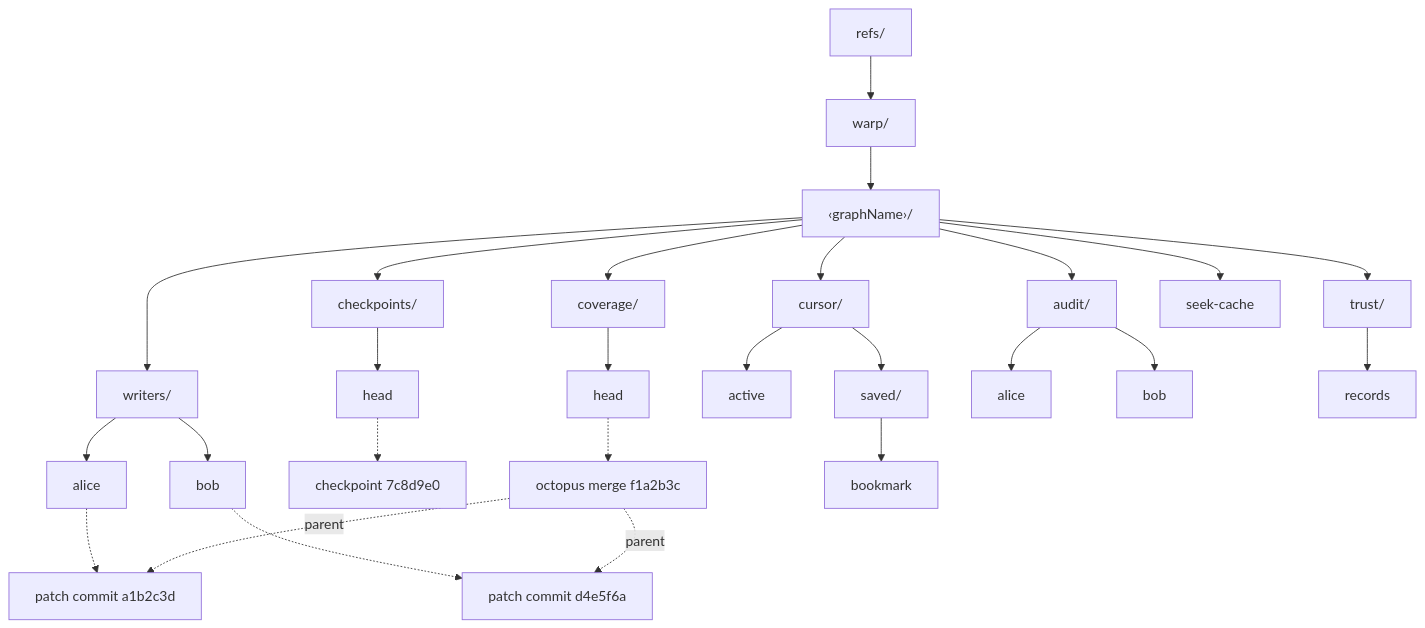
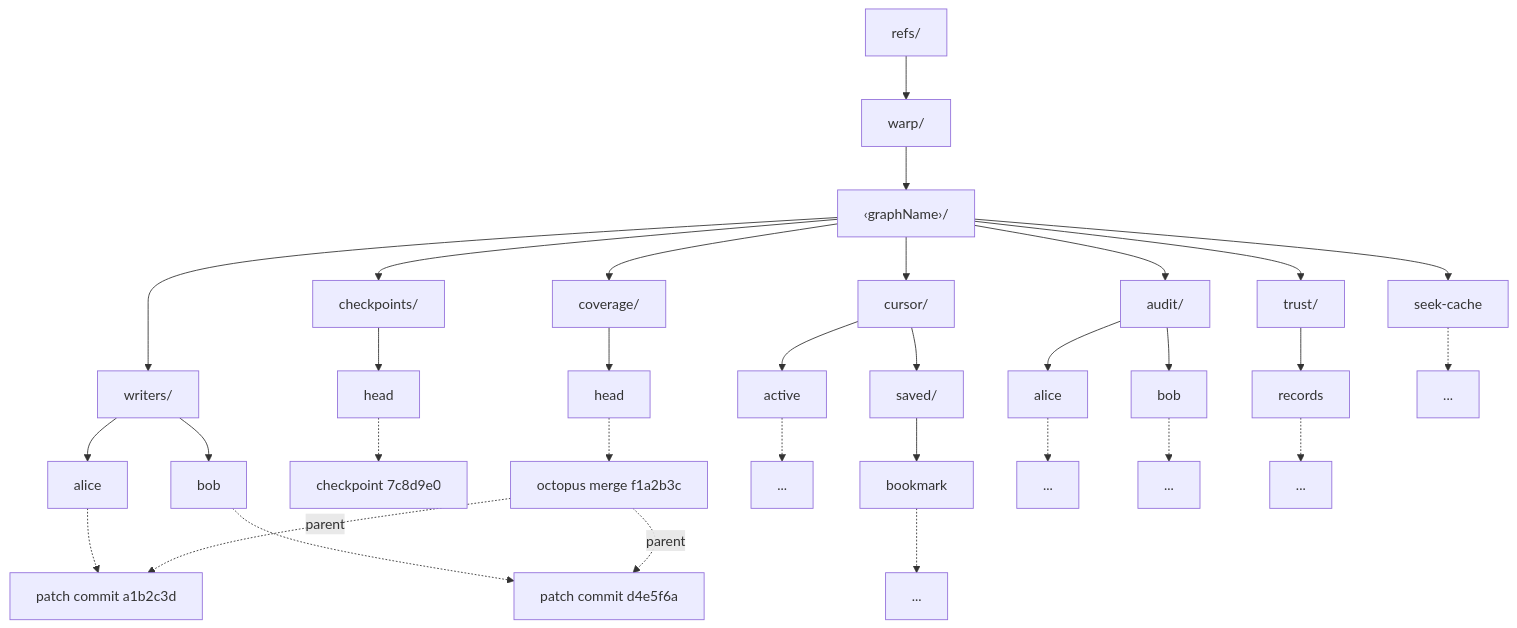
Before and after one commit to git-stunts/git-warp: the sixth of 7 diagrams in docs/GUIDE.md, drawn with Mermaid. The commit also changed other lines of this file and 4 other files, not shown here.

First line of the commit message:
fix(docs): restore lost detail in Mermaid diagrams

````diff
--- a/docs/GUIDE.md
+++ b/docs/GUIDE.md
@@ -1452,35 +1454,42 @@
 ```mermaid
 flowchart TB
     refs["refs/"] --> w["warp/"]
     w --> gd["‹graphName›/"]
     gd --> writers["writers/"]
     gd --> ckpts["checkpoints/"]
     gd --> cov["coverage/"]
     gd --> cur["cursor/"]
     gd --> aud["audit/"]
     gd --> tr["trust/"]
     gd --> sc["seek-cache"]
 
     writers --> alice["alice"]
     writers --> bob["bob"]
     alice -.-> ca["patch commit a1b2c3d"]
     bob -.-> cb["patch commit d4e5f6a"]
 
     ckpts --> ckh["head"]
     ckh -.-> cck["checkpoint 7c8d9e0"]
 
     cov --> cvh["head"]
     cvh -.-> ccov["octopus merge f1a2b3c"]
 
     cur --> active["active"]
+    active -.-> ela["..."]
     cur --> saved["saved/"]
     saved --> bm["bookmark"]
+    bm -.-> elb["..."]
 
     aud --> auda["alice"]
+    auda -.-> elc["..."]
     aud --> audb["bob"]
+    audb -.-> eld["..."]
 
     tr --> rec["records"]
+    rec -.-> ele["..."]
+
+    sc -.-> elf["..."]
 
     ccov -.->|parent| ca
     ccov -.->|parent| cb
 ```
````
